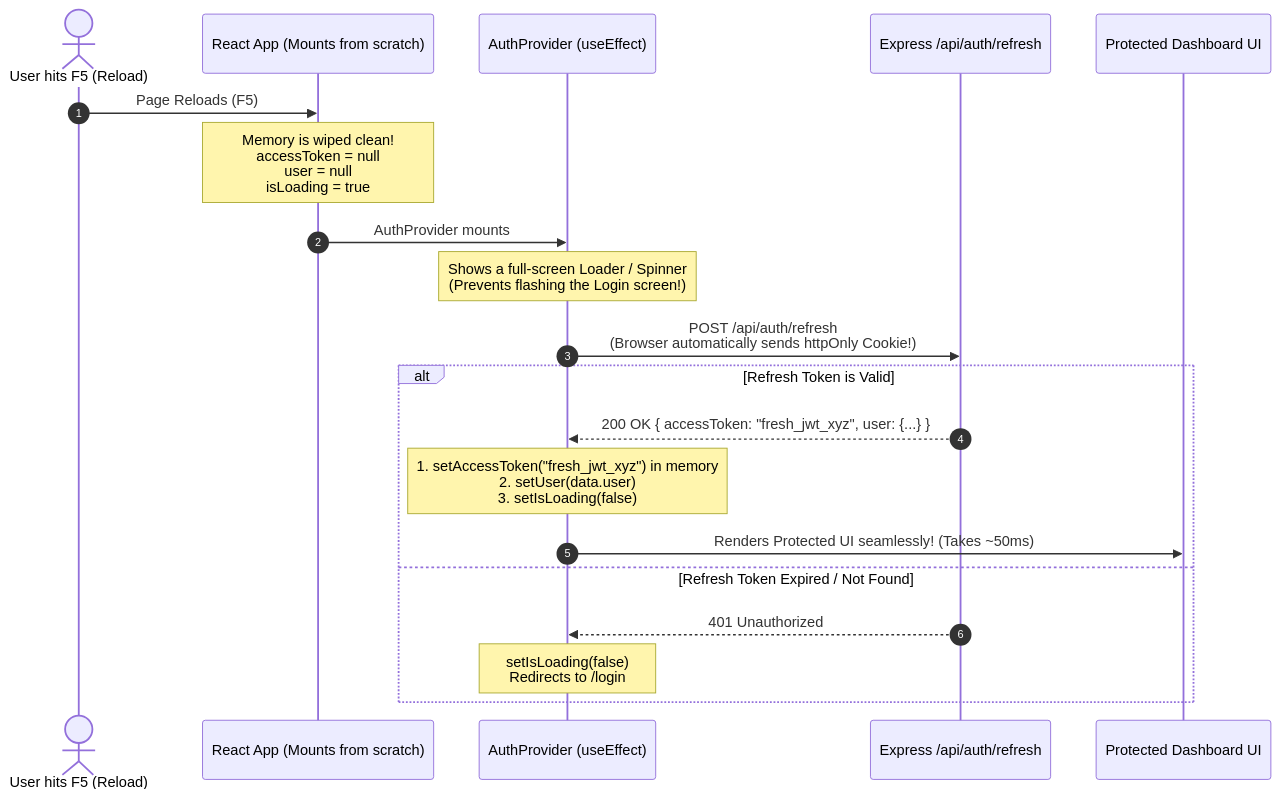
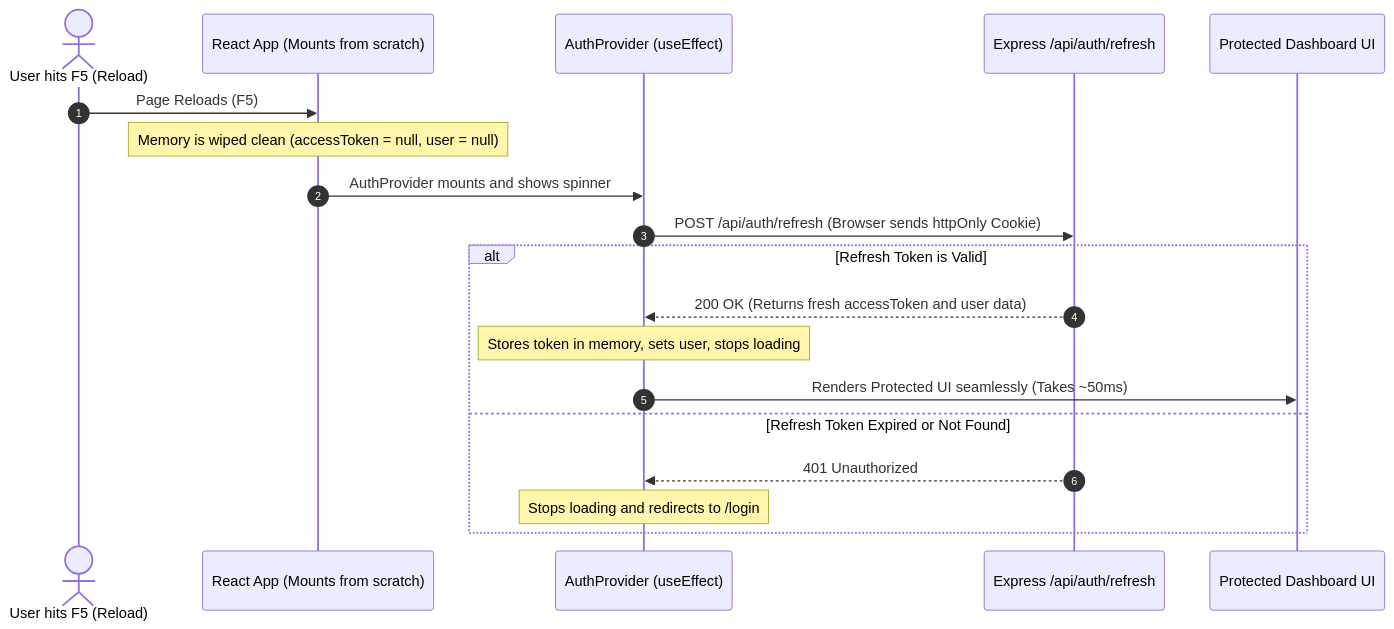
One commit to Nishant8826/theory-leaning changed the eighth of 8 diagrams in System_Design/09_Design_Auth_Access_Refresh_Token.md. Above: the diagram before and after it, drawn with Mermaid. The commit also changed other lines of this file, not shown here.

````diff
--- a/System_Design/09_Design_Auth_Access_Refresh_Token.md
+++ b/System_Design/09_Design_Auth_Access_Refresh_Token.md
@@ -844,24 +844,23 @@
 ```mermaid
 sequenceDiagram
     autonumber
     actor User as User hits F5 (Reload)
     participant React as React App (Mounts from scratch)
     participant AuthContext as AuthProvider (useEffect)
     participant API as Express /api/auth/refresh
     participant Dashboard as Protected Dashboard UI
 
     User->>React: Page Reloads (F5)
-    Note over React: Memory is wiped clean!<br>accessToken = null<br>user = null<br>isLoading = true
-    React->>AuthContext: AuthProvider mounts
-    Note over AuthContext: Shows a full-screen Loader / Spinner<br>(Prevents flashing the Login screen!)
-    AuthContext->>API: POST /api/auth/refresh<br>(Browser automatically sends httpOnly Cookie!)
+    Note over React: Memory is wiped clean (accessToken = null, user = null)
+    React->>AuthContext: AuthProvider mounts and shows spinner
+    AuthContext->>API: POST /api/auth/refresh (Browser sends httpOnly Cookie)
     
     alt Refresh Token is Valid
-        API-->>AuthContext: 200 OK { accessToken: "fresh_jwt_xyz", user: {...} }
-        Note over AuthContext: 1. setAccessToken("fresh_jwt_xyz") in memory<br>2. setUser(data.user)<br>3. setIsLoading(false)
-        AuthContext->>Dashboard: Renders Protected UI seamlessly! (Takes ~50ms)
-    else Refresh Token Expired / Not Found
+        API-->>AuthContext: 200 OK (Returns fresh accessToken and user data)
+        Note over AuthContext: Stores token in memory, sets user, stops loading
+        AuthContext->>Dashboard: Renders Protected UI seamlessly (Takes ~50ms)
+    else Refresh Token Expired or Not Found
         API-->>AuthContext: 401 Unauthorized
-        Note over AuthContext: setIsLoading(false)<br>Redirects to /login
+        Note over AuthContext: Stops loading and redirects to /login
     end
 ```
````
